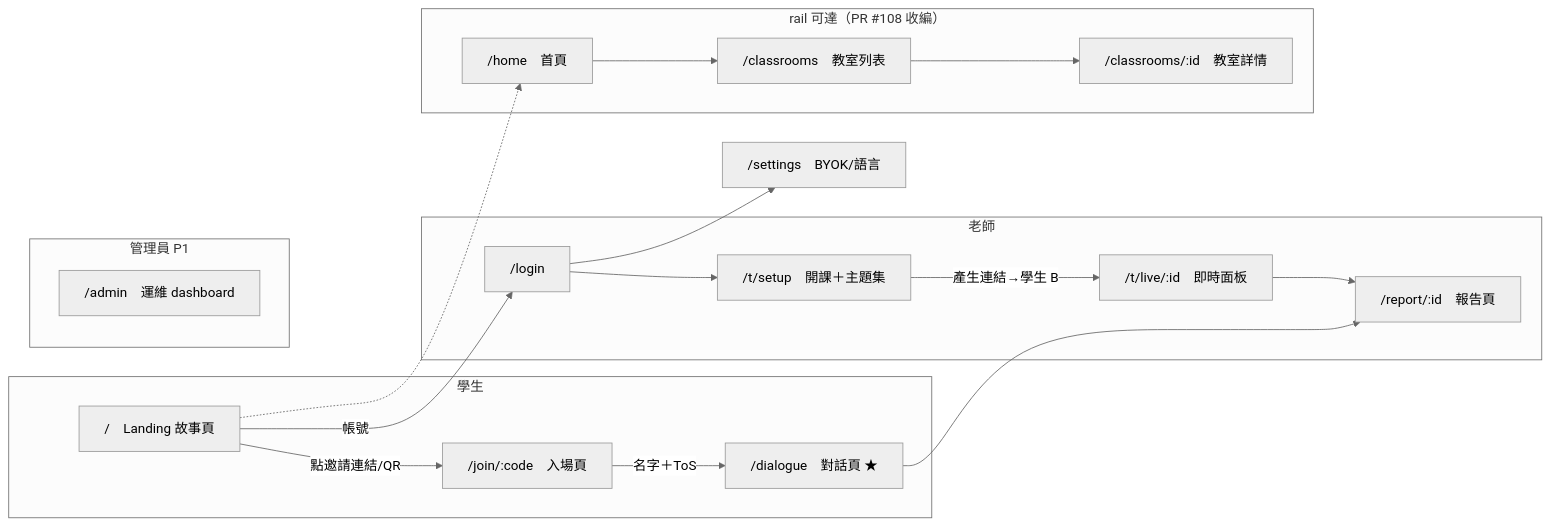
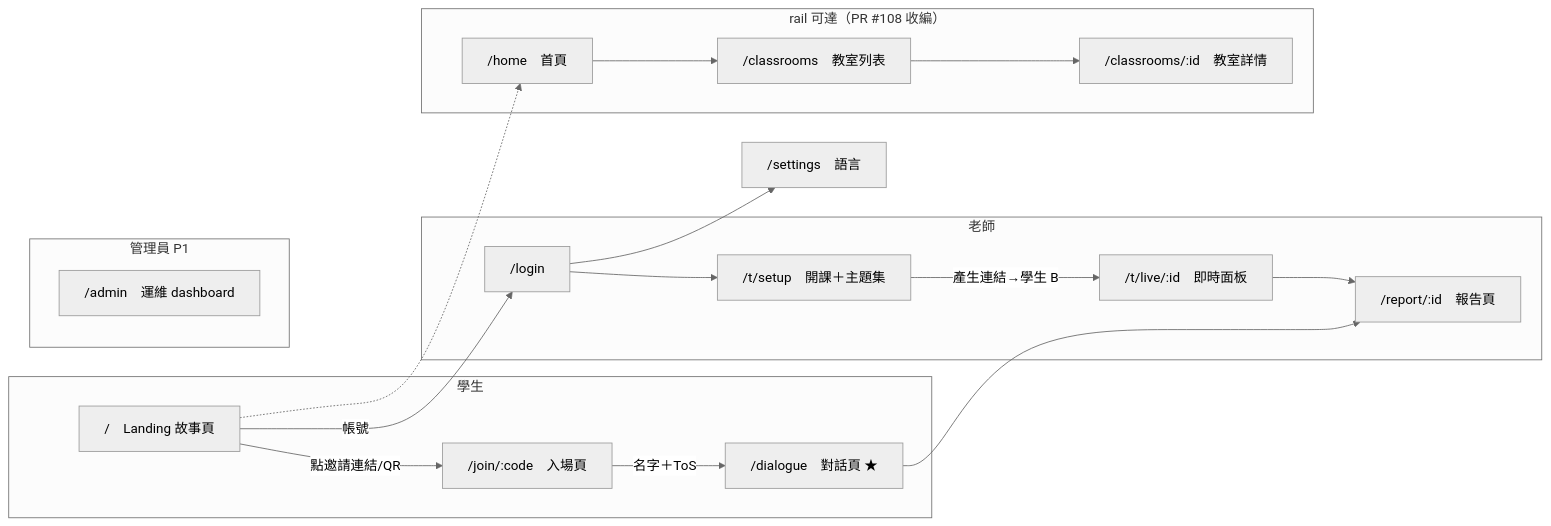
One commit to ntnu-swe-2026-team4/socrates-classroom changed the diagram in docs/frontend.md. Above: the diagram before and after it, drawn with Mermaid (neutral theme). The commit also changed other lines of this file and 7 other files, not shown here.

````diff
--- a/docs/frontend.md
+++ b/docs/frontend.md
@@ -15,23 +15,23 @@
 ```mermaid
 flowchart LR
     subgraph student[學生]
         A["/　Landing 故事頁"] -->|"點邀請連結/QR"| B["/join/:code　入場頁"]
         B -->|"名字＋ToS"| D["/dialogue　對話頁 ★"]
     end
     subgraph teacher[老師]
         A -->|帳號| C["/login"]
         C --> E["/t/setup　開課＋主題集"]
         E -->|"產生連結→學生 B"| F["/t/live/:id　即時面板"]
         F --> G["/report/:id　報告頁"]
     end
     D --> G
-    C --> H["/settings　BYOK/語言"]
+    C --> H["/settings　語言"]
     subgraph rail[rail 可達（PR #108 收編）]
         J["/home　首頁"] --> K["/classrooms　教室列表"]
         K --> L["/classrooms/:id　教室詳情"]
     end
     A -.-> J
     subgraph admin[管理員 P1]
         I["/admin　運維 dashboard"]
     end
 ```
````
